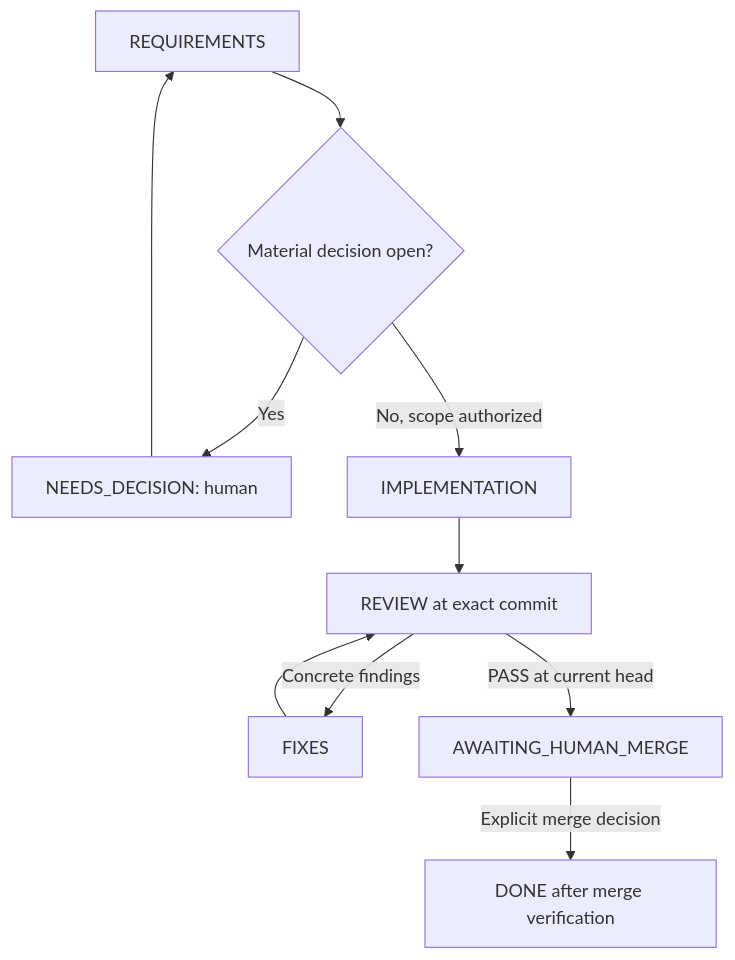
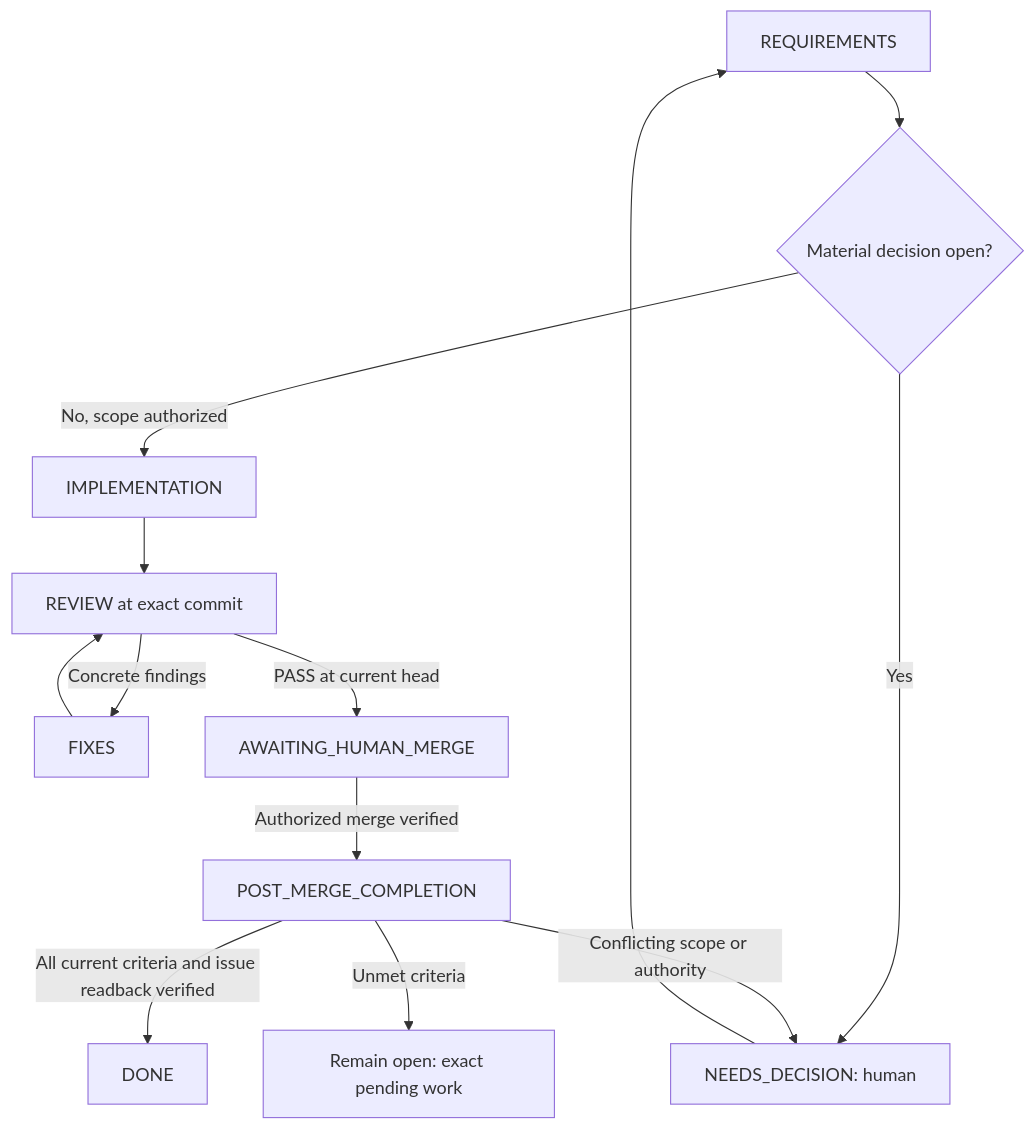
The diagram in docs/AGENT-WORKFLOW.md (descipar/wled-mcp), drawn with Mermaid before and after one commit. The commit also changed other lines of this file and 8 other files, not shown here.

Commit message:
Add evidence-based issue completion after verified merge

````diff
--- a/docs/AGENT-WORKFLOW.md
+++ b/docs/AGENT-WORKFLOW.md
@@ -77,12 +82,15 @@
 ```mermaid
 flowchart TD
   A[REQUIREMENTS] --> B{Material decision open?}
   B -->|Yes| C[NEEDS_DECISION: human]
   C --> A
   B -->|No, scope authorized| D[IMPLEMENTATION]
   D --> E[REVIEW at exact commit]
   E -->|Concrete findings| F[FIXES]
   F --> E
   E -->|PASS at current head| G[AWAITING_HUMAN_MERGE]
-  G -->|Explicit merge decision| H[DONE after merge verification]
+  G -->|Authorized merge verified| H[POST_MERGE_COMPLETION]
+  H -->|All current criteria and issue readback verified| I[DONE]
+  H -->|Unmet criteria| J[Remain open: exact pending work]
+  H -->|Conflicting scope or authority| C
 ```
````
